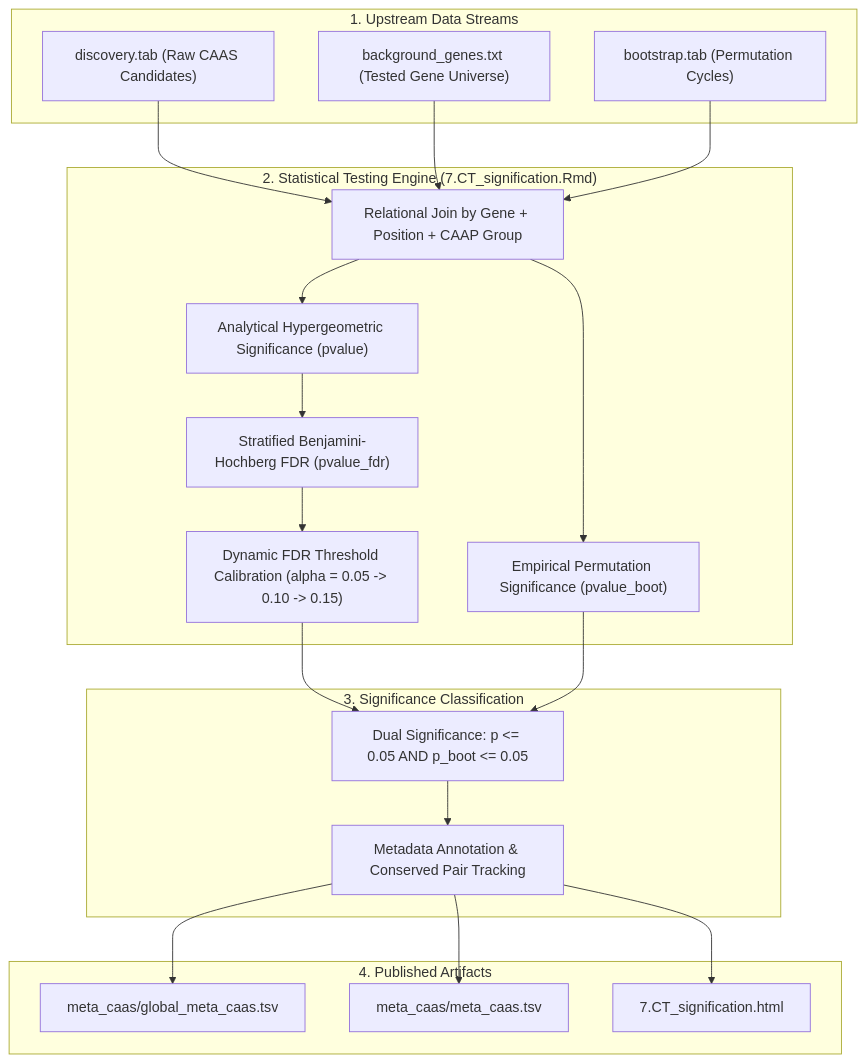
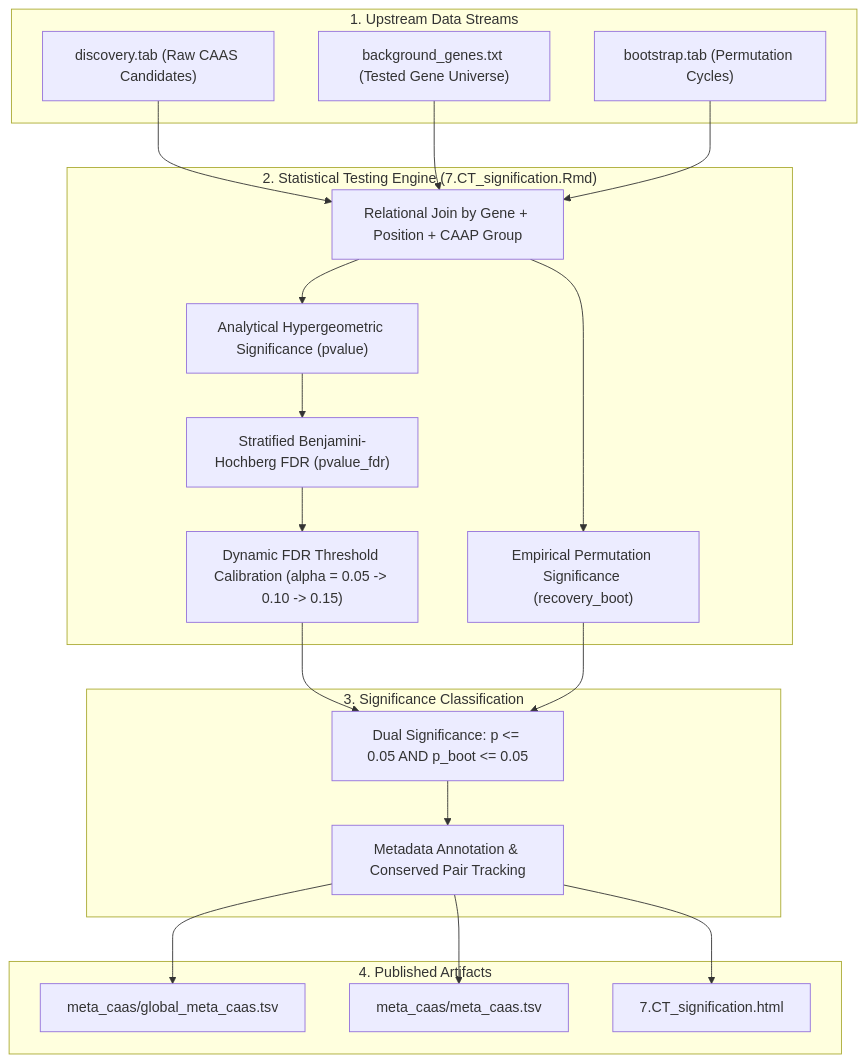
Before and after one commit to nozerorma/PhyloPhere: the diagram in archive/04_WORKFLOW_CT_SIGNIFICATION.md, drawn with Mermaid. The commit also changed other lines of this file and 38 other files, not shown here.

Commit message:
fixed nulls and changed boot pval to recovery_boot

````diff
--- a/archive/04_WORKFLOW_CT_SIGNIFICATION.md
+++ b/archive/04_WORKFLOW_CT_SIGNIFICATION.md
@@ -25,42 +25,42 @@
 ```mermaid
 graph TD
     subgraph InputData["1. Upstream Data Streams"]
         Disc["discovery.tab (Raw CAAS Candidates)"]
         Bg["background_genes.txt (Tested Gene Universe)"]
         Boot["bootstrap.tab (Permutation Cycles)"]
     end
 
     subgraph SignificationEngine["2. Statistical Testing Engine (7.CT_signification.Rmd)"]
         Join["Relational Join by Gene + Position + CAAP Group"]
         Hyp["Analytical Hypergeometric Significance (pvalue)"]
-        Perm["Empirical Permutation Significance (pvalue_boot)"]
+        Perm["Empirical Permutation Significance (recovery_boot)"]
         FDR["Stratified Benjamini-Hochberg FDR (pvalue_fdr)"]
         DynFDR["Dynamic FDR Threshold Calibration (alpha = 0.05 -> 0.10 -> 0.15)"]
     end
 
     subgraph Classification["3. Significance Classification"]
         Sig["Dual Significance: p <= 0.05 AND p_boot <= 0.05"]
         Meta["Metadata Annotation & Conserved Pair Tracking"]
     end
 
     subgraph OutputStreams["4. Published Artifacts"]
         GlobalMeta["meta_caas/global_meta_caas.tsv"]
         MetaTSV["meta_caas/meta_caas.tsv"]
         HTML["7.CT_signification.html"]
     end
 
     Disc --> Join
     Bg --> Join
     Boot --> Join
 
     Join --> Hyp --> FDR --> DynFDR
     Join --> Perm
 
     DynFDR --> Sig
     Perm --> Sig
     Sig --> Meta
 
     Meta --> GlobalMeta
     Meta --> MetaTSV
     Meta --> HTML
 ```
````
